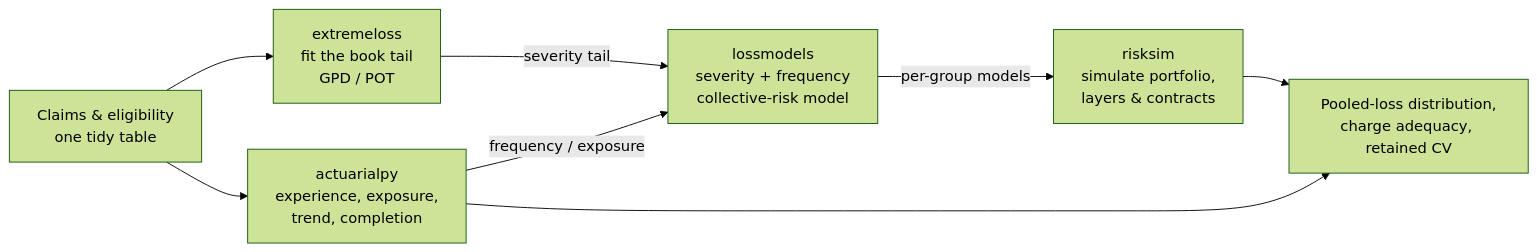
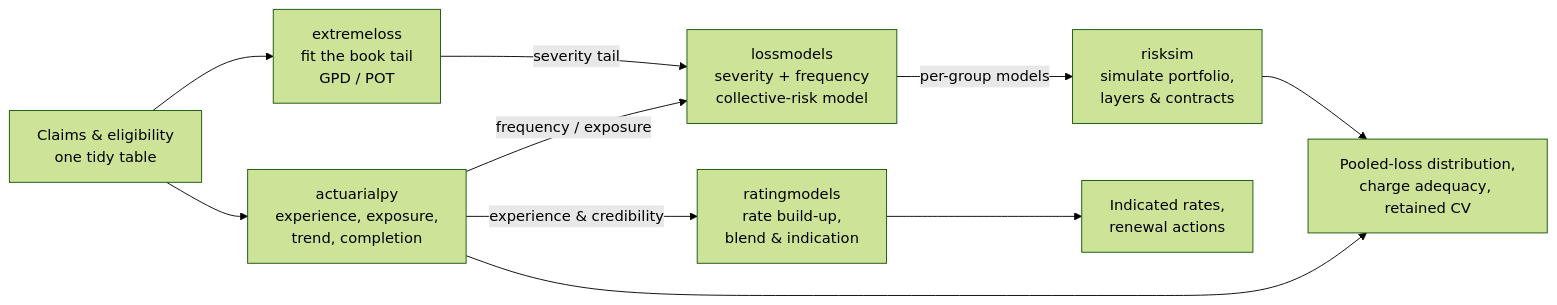
Before and after one commit to OpenActuarial/docs: the diagram in docs/overview.md, drawn with Mermaid (forest theme). The commit also changed other lines of this file and 5 other files, not shown here.

````diff
--- a/docs/overview.md
+++ b/docs/overview.md
@@ -6,10 +7,12 @@
 ```mermaid
 flowchart LR
     A[Claims & eligibility<br/>one tidy table] --> AP[actuarialpy<br/>experience, exposure,<br/>trend, completion]
     A --> EL[extremeloss<br/>fit the book tail<br/>GPD / POT]
     EL -- severity tail --> LM[lossmodels<br/>severity + frequency<br/>collective-risk model]
     AP -- frequency / exposure --> LM
     LM -- per-group models --> RS[risksim<br/>simulate portfolio,<br/>layers & contracts]
     RS --> O[Pooled-loss distribution,<br/>charge adequacy, retained CV]
     AP --> O
+    AP -- experience & credibility --> RM[ratingmodels<br/>rate build-up,<br/>blend & indication]
+    RM --> P[Indicated rates,<br/>renewal actions]
 ```
````
